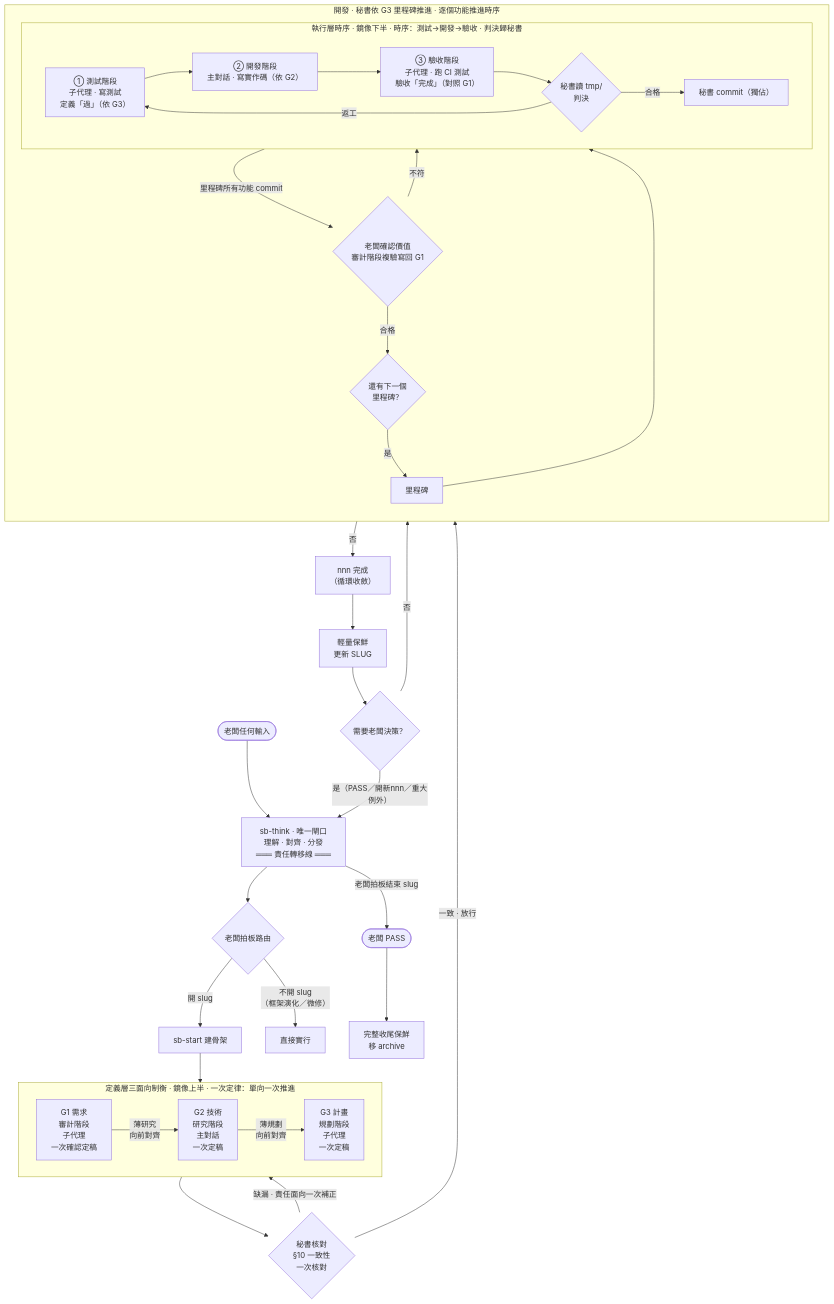
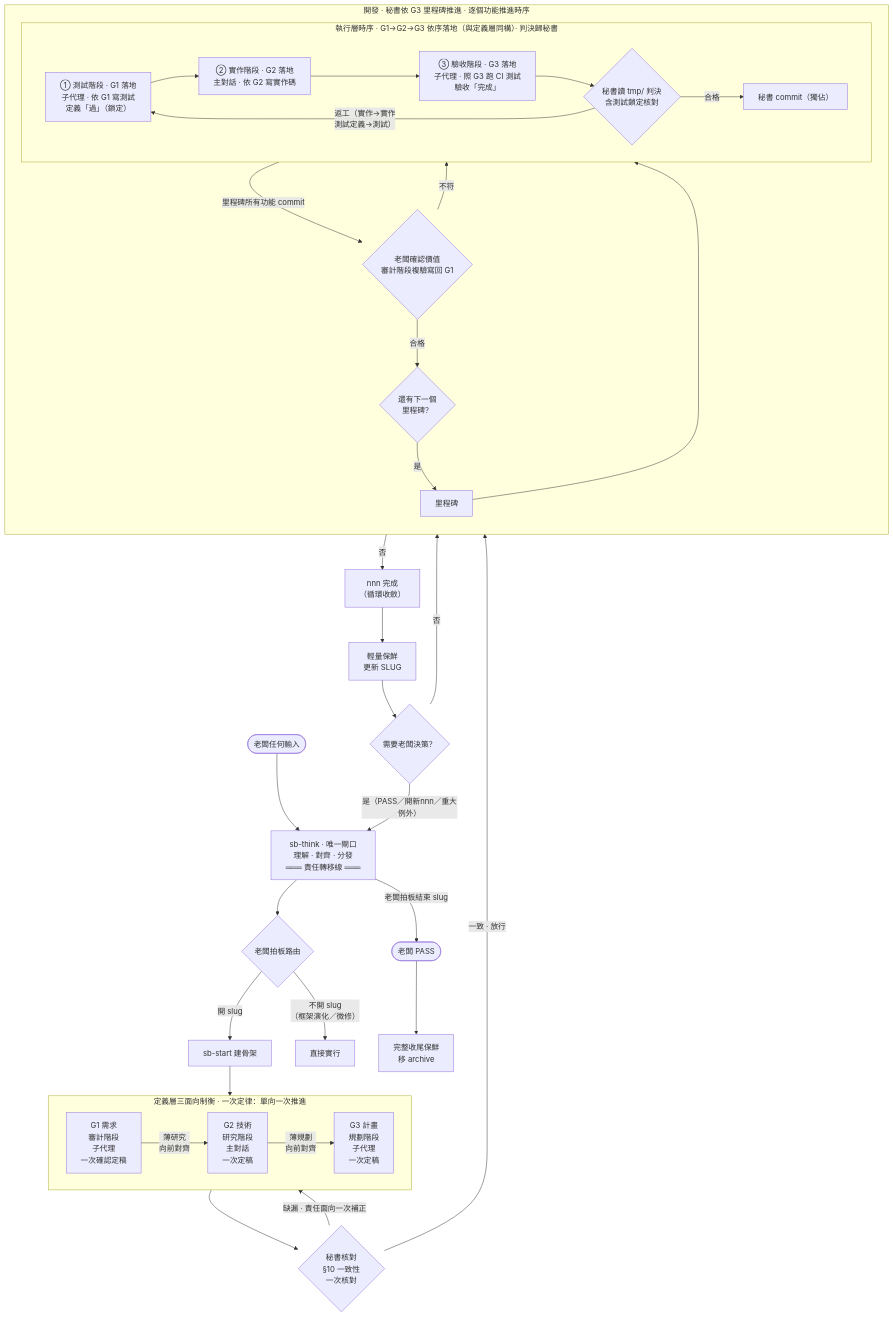
Before and after one commit to teps3105/shiftblame: the first of 2 diagrams in README.md, drawn with Mermaid. The commit also changed other lines of this file and 10 other files, not shown here.

````diff
--- a/README.md
+++ b/README.md
@@ -47,42 +47,42 @@
 ```mermaid
 flowchart TD
     Boss([老闆任何輸入]) --> Think["sb-think · 唯一閘口<br/>理解 · 對齊 · 分發<br/>═══ 責任轉移線 ═══"]
     Think --> Route{老闆拍板路由}
     Route -- "開 slug" --> Start["sb-start 建骨架"] --> Check
     Route -- "不開 slug<br/>（框架演化／微修）" --> Direct["直接實行"]
 
-    subgraph Check["定義層三面向制衡 · 鏡像上半 · 一次定律：單向一次推進"]
+    subgraph Check["定義層三面向制衡 · 一次定律：單向一次推進"]
         direction LR
         G1["G1 需求<br/>審計階段<br/>子代理<br/>一次確認定稿"] -->|薄研究<br/>向前對齊| G2["G2 技術<br/>研究階段<br/>主對話<br/>一次定稿"]
         G2 -->|薄規劃<br/>向前對齊| G3["G3 計畫<br/>規劃階段<br/>子代理<br/>一次定稿"]
     end
 
     Check --> Consist{秘書核對<br/>§10 一致性<br/>一次核對}
     Consist -- 缺漏 · 責任面向一次補正 --> Check
     Consist -- 一致 · 放行 --> Dev
 
     subgraph Dev["開發 · 秘書依 G3 里程碑推進 · 逐個功能推進時序"]
         direction TB
         MS["里程碑"] --> Loop
-        subgraph Loop["執行層時序 · 鏡像下半 · 時序：測試→開發→驗收 · 判決歸秘書"]
+        subgraph Loop["執行層時序 · G1→G2→G3 依序落地（與定義層同構）· 判決歸秘書"]
             direction LR
-            T["① 測試階段<br/>子代理 · 寫測試<br/>定義「過」（依 G3）"] --> D["② 開發階段<br/>主對話 · 寫實作碼（依 G2）"]
-            D --> A["③ 驗收階段<br/>子代理 · 跑 CI 測試<br/>驗收「完成」（對照 G1）"]
-            A --> Judge{秘書讀 tmp/<br/>判決}
+            T["① 測試階段 · G1 落地<br/>子代理 · 依 G1 寫測試<br/>定義「過」（鎖定）"] --> D["② 實作階段 · G2 落地<br/>主對話 · 依 G2 寫實作碼"]
+            D --> A["③ 驗收階段 · G3 落地<br/>子代理 · 照 G3 跑 CI 測試<br/>驗收「完成」"]
+            A --> Judge{秘書讀 tmp/ 判決<br/>含測試鎖定核對}
             Judge -- 合格 --> Commit["秘書 commit（獨佔）"]
-            Judge -- 返工 --> T
+            Judge -- "返工（實作→實作<br/>測試定義→測試）" --> T
         end
         Loop -- 里程碑所有功能 commit --> MA{"老闆確認價值<br/>審計階段複驗寫回 G1"}
         MA -- 不符 --> Loop
         MA -- 合格 --> Next{還有下一個<br/>里程碑？}
         Next -- 是 --> MS
     end
 
     Next -- 否 --> NnnDone["nnn 完成<br/>（循環收斂）"]
     NnnDone --> LightFresh["輕量保鮮<br/>更新 SLUG"]
     LightFresh --> Decide{"需要老闆決策？"}
     Decide -- 是（PASS／開新nnn／重大例外） --> Think
     Decide -- 否 --> Dev
     Think -- 老闆拍板結束 slug --> Pass([老闆 PASS])
     Pass --> FullFresh["完整收尾保鮮<br/>移 archive"]
 ```
````
